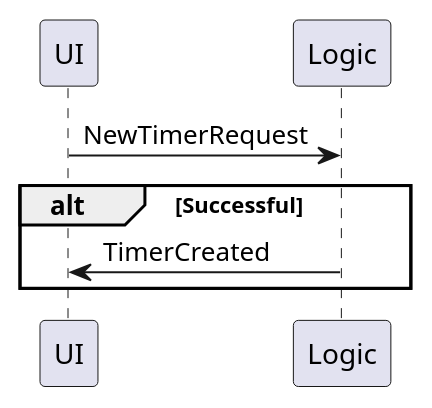
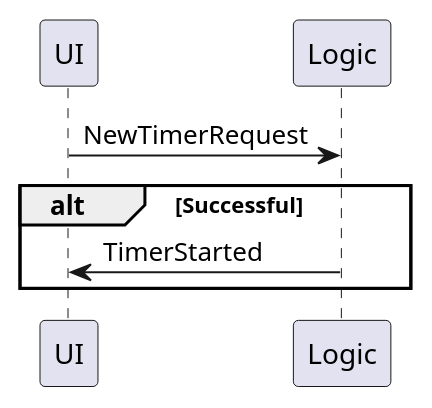
Before and after one commit to tomekbielaszewski/multitimer2: the diagram in docs/TimerCreating.puml, drawn with PlantUML. The commit also changed 1 other file, not shown here.

Commit message:
updated timer creating flow

```diff
--- a/docs/TimerCreating.puml
+++ b/docs/TimerCreating.puml
@@ -1,6 +1,6 @@
 @startuml
 UI -> Logic: NewTimerRequest
 alt Successful
-Logic -> UI: TimerCreated
+Logic -> UI: TimerStarted
 end
 @enduml
```
